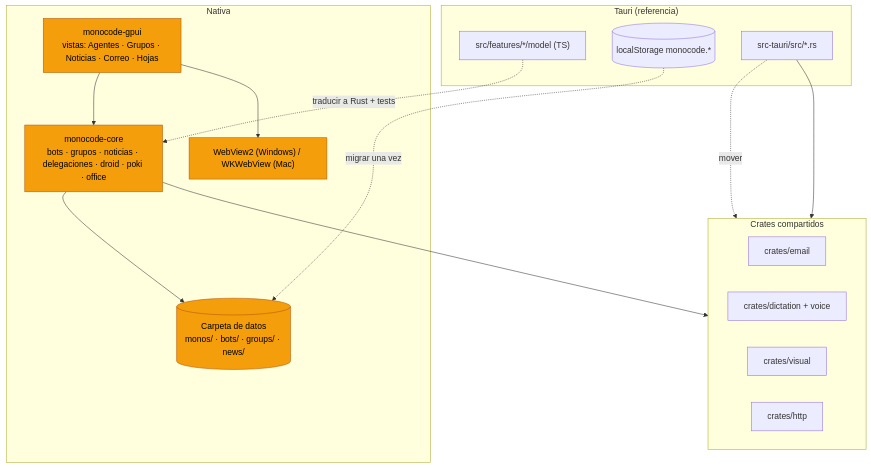
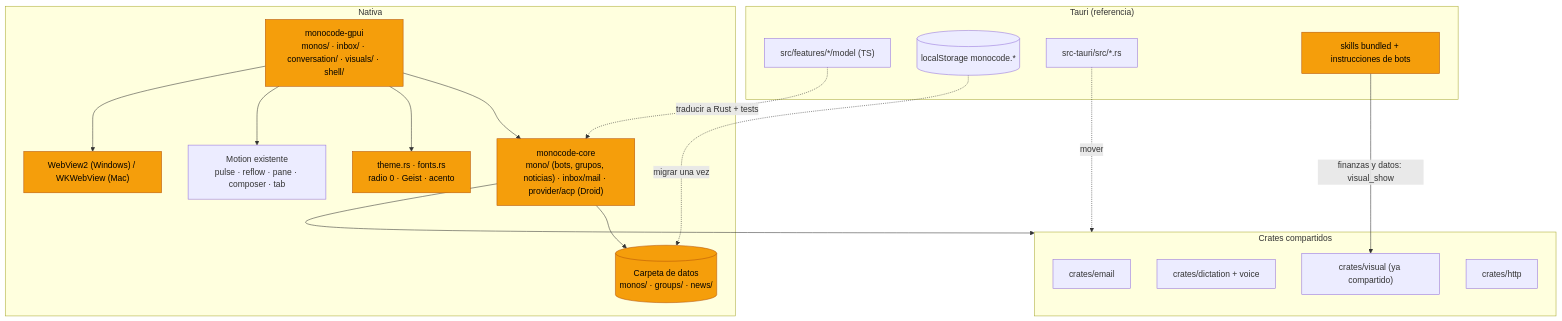
One commit to crhistian-cornejo/monoBOT changed the diagram in docs/native/monobot-port.md. Above: the diagram before and after it, drawn with Mermaid. The commit also changed other lines of this file, not shown here.

First line of the commit message:
Bring the native port plan up to the latest commit, with square corners, dithered charts for bots and native motion

````diff
--- a/docs/native/monobot-port.md
+++ b/docs/native/monobot-port.md
@@ -42,30 +88,35 @@
 ```mermaid
 flowchart TB
   subgraph Tauri["Tauri (referencia)"]
     TS["src/features/*/model (TS)"]
     LS[("localStorage monocode.*")]
     TR["src-tauri/src/*.rs"]
+    SK["skills bundled + instrucciones de bots"]
   end
   subgraph Shared["Crates compartidos"]
     EM["crates/email"]
     DI["crates/dictation + voice"]
-    VI["crates/visual"]
+    VI["crates/visual (ya compartido)"]
     HT["crates/http"]
   end
   subgraph Native["Nativa"]
-    CORE["monocode-core<br/>bots · grupos · noticias · delegaciones · droid · poki · office"]
-    DATA[("Carpeta de datos<br/>monos/ · bots/ · groups/ · news/")]
-    GPUI["monocode-gpui<br/>vistas: Agentes · Grupos · Noticias · Correo · Hojas"]
+    CORE["monocode-core<br/>mono/ (bots, grupos, noticias) · inbox/mail · provider/acp (Droid)"]
+    DATA[("Carpeta de datos<br/>monos/ · groups/ · news/")]
+    GPUI["monocode-gpui<br/>monos/ · inbox/ · conversation/ · visuals/ · shell/"]
+    THEME["theme.rs · fonts.rs<br/>radio 0 · Geist · acento"]
+    MO["Motion existente<br/>pulse · reflow · pane · composer · tab"]
     WV["WebView2 (Windows) / WKWebView (Mac)"]
   end
   TS -. "traducir a Rust + tests" .-> CORE
   LS -. "migrar una vez" .-> DATA
   TR -. "mover" .-> Shared
-  TR --> Shared
+  SK -- "finanzas y datos: visual_show" --> VI
   CORE --> Shared
   CORE --> DATA
   GPUI --> CORE
+  GPUI --> THEME
+  GPUI --> MO
   GPUI --> WV
   classDef cambio fill:#f59e0b,stroke:#b45309,color:#000
-  class CORE,DATA,GPUI,WV cambio
+  class CORE,DATA,GPUI,THEME,WV,SK cambio
 ```
````
